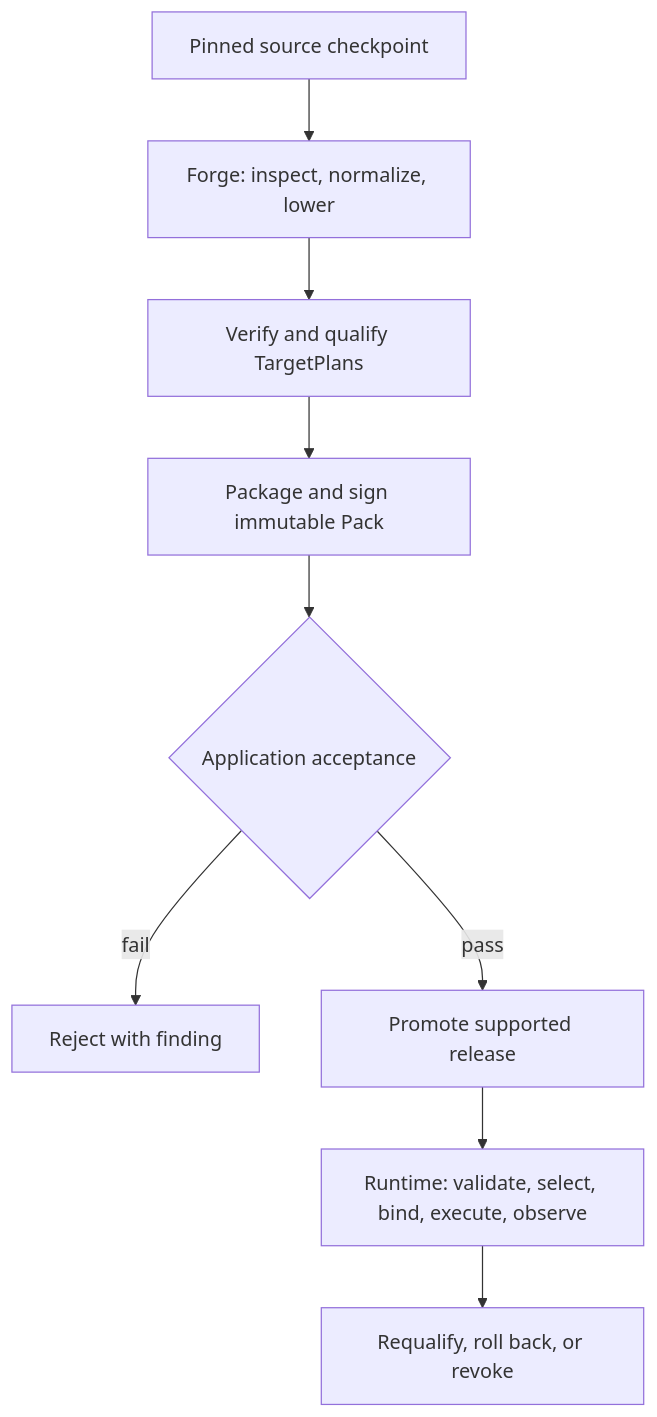
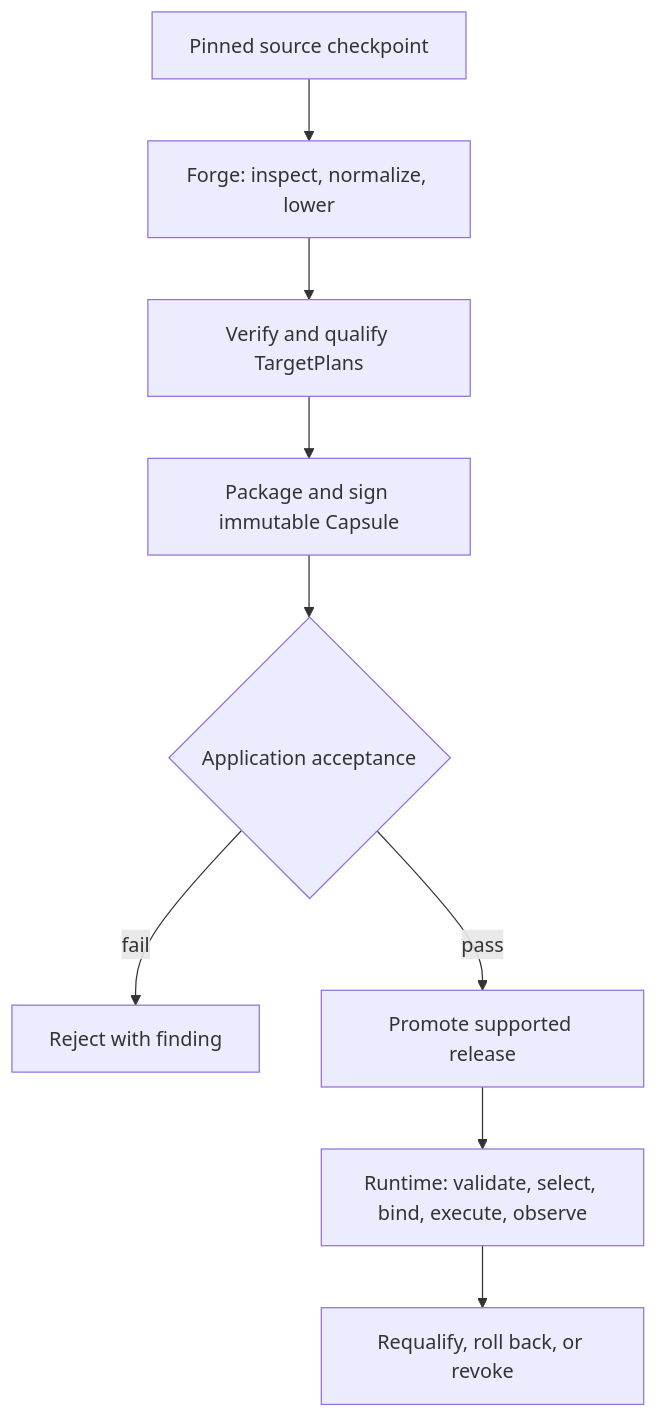
One commit to clocksmith/doppler changed the diagram in README.md. Above: the diagram before and after it, drawn with Mermaid. The commit also changed other lines of this file and 639 other files, not shown here.

Commit message:
Rename Doppler Pack interfaces to Capsule throughout source tooling and tests while preserving verified historical evidence

````diff
--- a/README.md
+++ b/README.md
@@ -164,11 +166,11 @@
 ```mermaid
 flowchart TB
   S[Pinned source checkpoint] --> F[Forge: inspect, normalize, lower]
   F --> V[Verify and qualify TargetPlans]
-  V --> P[Package and sign immutable Pack]
+  V --> P[Package and sign immutable Capsule]
   P --> A{Application acceptance}
   A -- fail --> N[Reject with finding]
   A -- pass --> K[Promote supported release]
   K --> R[Runtime: validate, select, bind, execute, observe]
   R --> Q[Requalify, roll back, or revoke]
 ```
````
